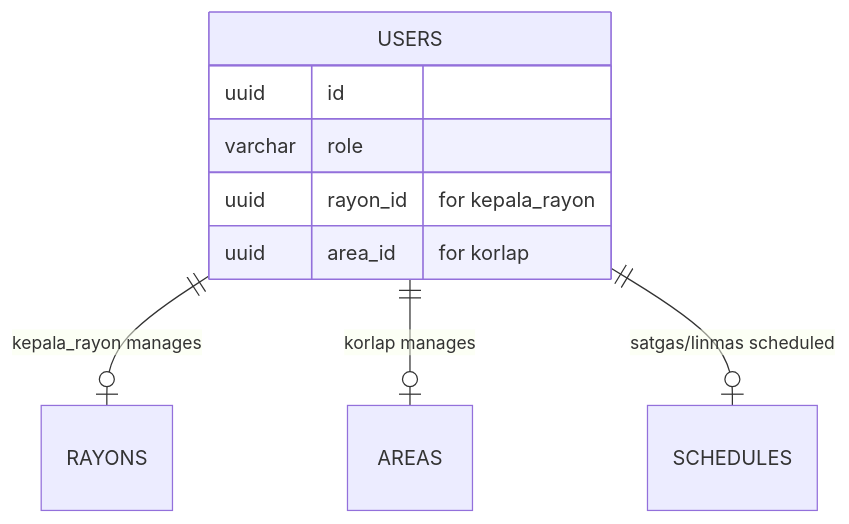
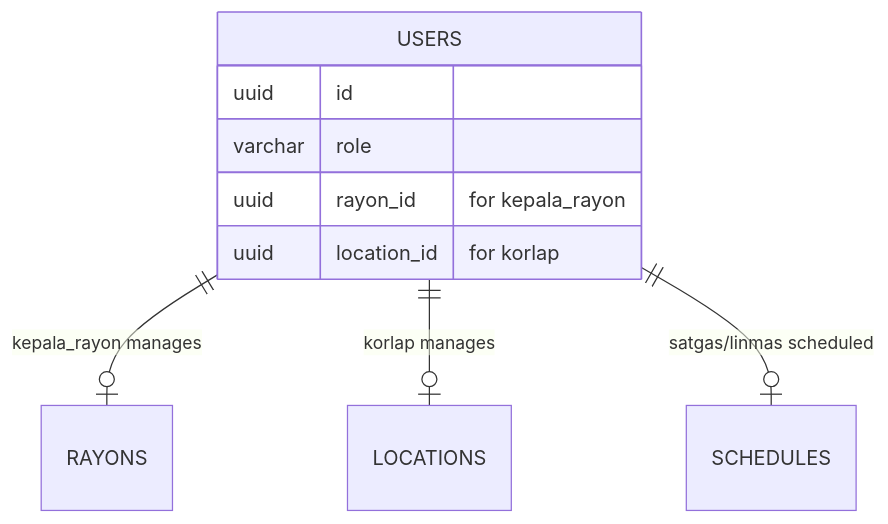
The third of 13 diagrams in specs/database/erd.md (dlhsby/sekar), drawn with Mermaid before and after one commit. The commit also changed other lines of this file and 53 other files, not shown here.

````diff
--- a/specs/database/erd.md
+++ b/specs/database/erd.md
@@ -317,13 +317,13 @@
 ```mermaid
 erDiagram
     USERS ||--o| RAYONS : "kepala_rayon manages"
-    USERS ||--o| AREAS : "korlap manages"
+    USERS ||--o| LOCATIONS : "korlap manages"
     USERS ||--o| SCHEDULES : "satgas/linmas scheduled"
 
     USERS {
         uuid id
         varchar role
         uuid rayon_id "for kepala_rayon"
-        uuid area_id "for korlap"
+        uuid location_id "for korlap"
     }
 ```
````
